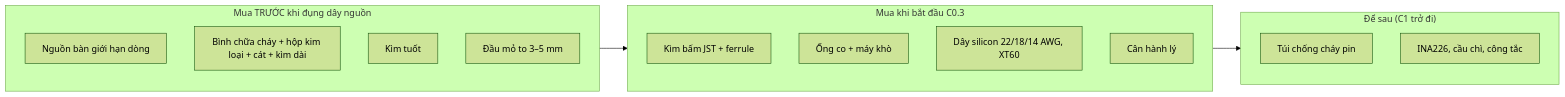
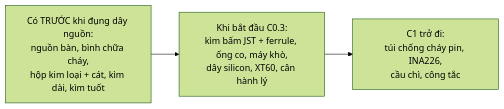
The first of 3 diagrams in giao-trinh/khoa-7/c00-xuong-an-toan.md (mrleloi/robotics-lab), drawn with Mermaid (forest theme) before and after one commit. The commit also changed other lines of this file and 5 other files, not shown here.

````diff
--- a/giao-trinh/khoa-7/c00-xuong-an-toan.md
+++ b/giao-trinh/khoa-7/c00-xuong-an-toan.md
@@ -233,20 +218,4 @@
 ```mermaid
 flowchart LR
-    subgraph P1["Mua TRƯỚC khi đụng dây nguồn"]
-        PSU["Nguồn bàn giới hạn dòng"]
-        FIRE["Bình chữa cháy + hộp kim loại + cát + kìm dài"]
-        STRIP["Kìm tuốt"]
-        TIP["Đầu mỏ to 3–5 mm"]
-    end
-    subgraph P2["Mua khi bắt đầu C0.3"]
-        CRIMP["Kìm bấm JST + ferrule"]
-        HS["Ống co + máy khò"]
-        WIRE["Dây silicon 22/18/14 AWG, XT60"]
-        SCALE["Cân hành lý"]
-    end
-    subgraph P3["Để sau (C1 trở đi)"]
-        BAG["Túi chống cháy pin"]
-        INA["INA226, cầu chì, công tắc"]
-    end
-    P1 --> P2 --> P3
+    P1["Có TRƯỚC khi đụng dây nguồn:<br/>nguồn bàn, bình chữa cháy,<br/>hộp kim loại + cát, kìm dài, kìm tuốt"] --> P2["Khi bắt đầu C0.3:<br/>kìm bấm JST + ferrule, ống co, máy khò,<br/>dây silicon, XT60, cân hành lý"] --> P3["C1 trở đi:<br/>túi chống cháy pin, INA226,<br/>cầu chì, công tắc"]
 ```
````
